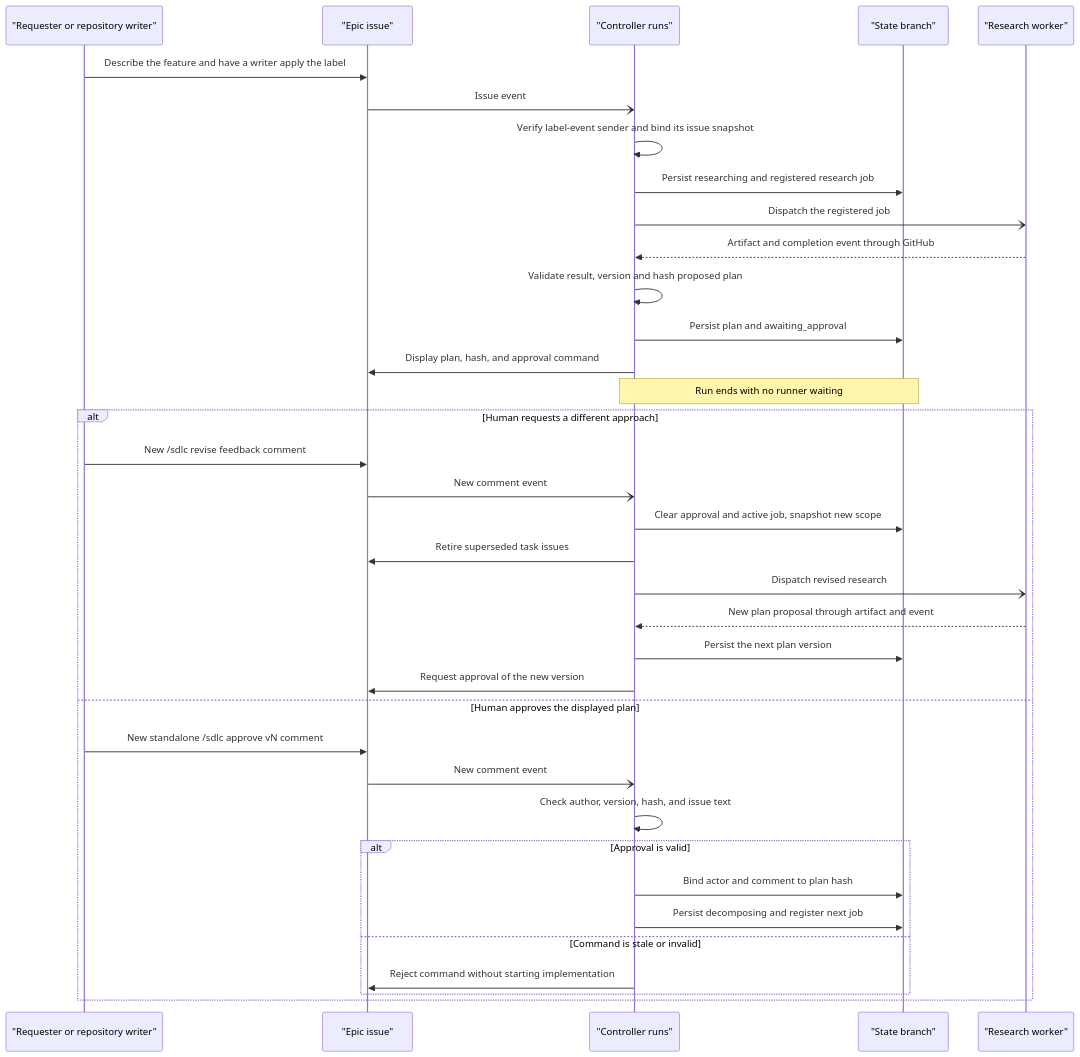
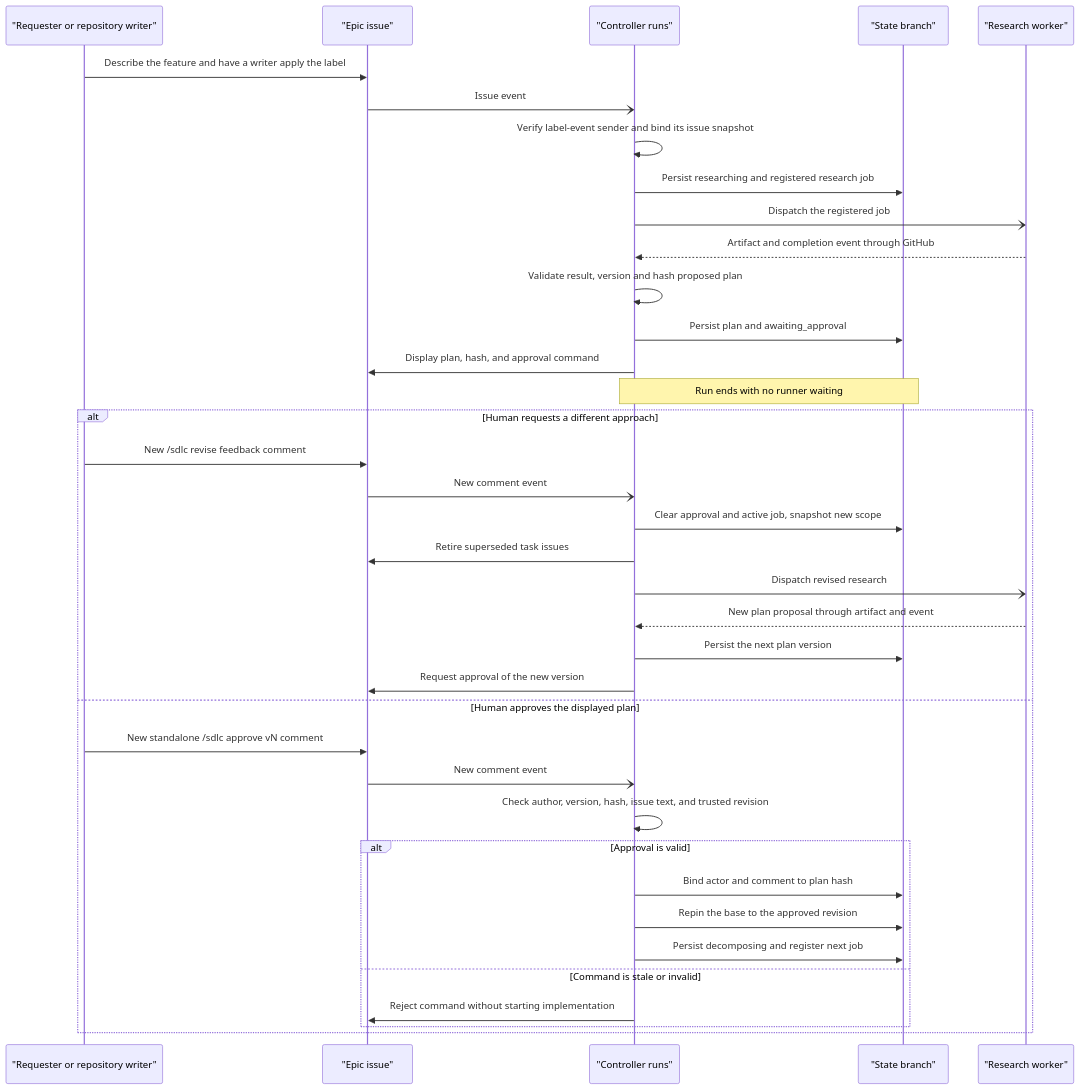
Before and after one commit to dav1dc-cs-test-org/agentic-sdlc-prototype: the third of 7 diagrams in docs/architecture.md, drawn with Mermaid. The commit also changed other lines of this file and 16 other files, not shown here.

````diff
--- a/docs/architecture.md
+++ b/docs/architecture.md
@@ -209,40 +215,41 @@
 ```mermaid
 sequenceDiagram
   participant ApHuman as "Requester or repository writer"
   participant ApIssue as "Epic issue"
   participant ApControl as "Controller runs"
   participant ApState as "State branch"
   participant ApWorker as "Research worker"
 
   ApHuman->>ApIssue: Describe the feature and have a writer apply the label
   ApIssue-)ApControl: Issue event
   ApControl->>ApControl: Verify label-event sender and bind its issue snapshot
   ApControl->>ApState: Persist researching and registered research job
   ApControl-)ApWorker: Dispatch the registered job
   ApWorker-->>ApControl: Artifact and completion event through GitHub
   ApControl->>ApControl: Validate result, version and hash proposed plan
   ApControl->>ApState: Persist plan and awaiting_approval
   ApControl->>ApIssue: Display plan, hash, and approval command
   Note over ApControl,ApState: Run ends with no runner waiting
 
     alt Human requests a different approach
     ApHuman->>ApIssue: New /sdlc revise feedback comment
     ApIssue-)ApControl: New comment event
     ApControl->>ApState: Clear approval and active job, snapshot new scope
     ApControl->>ApIssue: Retire superseded task issues
     ApControl-)ApWorker: Dispatch revised research
     ApWorker-->>ApControl: New plan proposal through artifact and event
     ApControl->>ApState: Persist the next plan version
     ApControl->>ApIssue: Request approval of the new version
     else Human approves the displayed plan
     ApHuman->>ApIssue: New standalone /sdlc approve vN comment
     ApIssue-)ApControl: New comment event
-    ApControl->>ApControl: Check author, version, hash, and issue text
+    ApControl->>ApControl: Check author, version, hash, issue text, and trusted revision
         alt Approval is valid
       ApControl->>ApState: Bind actor and comment to plan hash
+      ApControl->>ApState: Repin the base to the approved revision
       ApControl->>ApState: Persist decomposing and register next job
         else Command is stale or invalid
       ApControl->>ApIssue: Reject command without starting implementation
         end
     end
 ```
````
